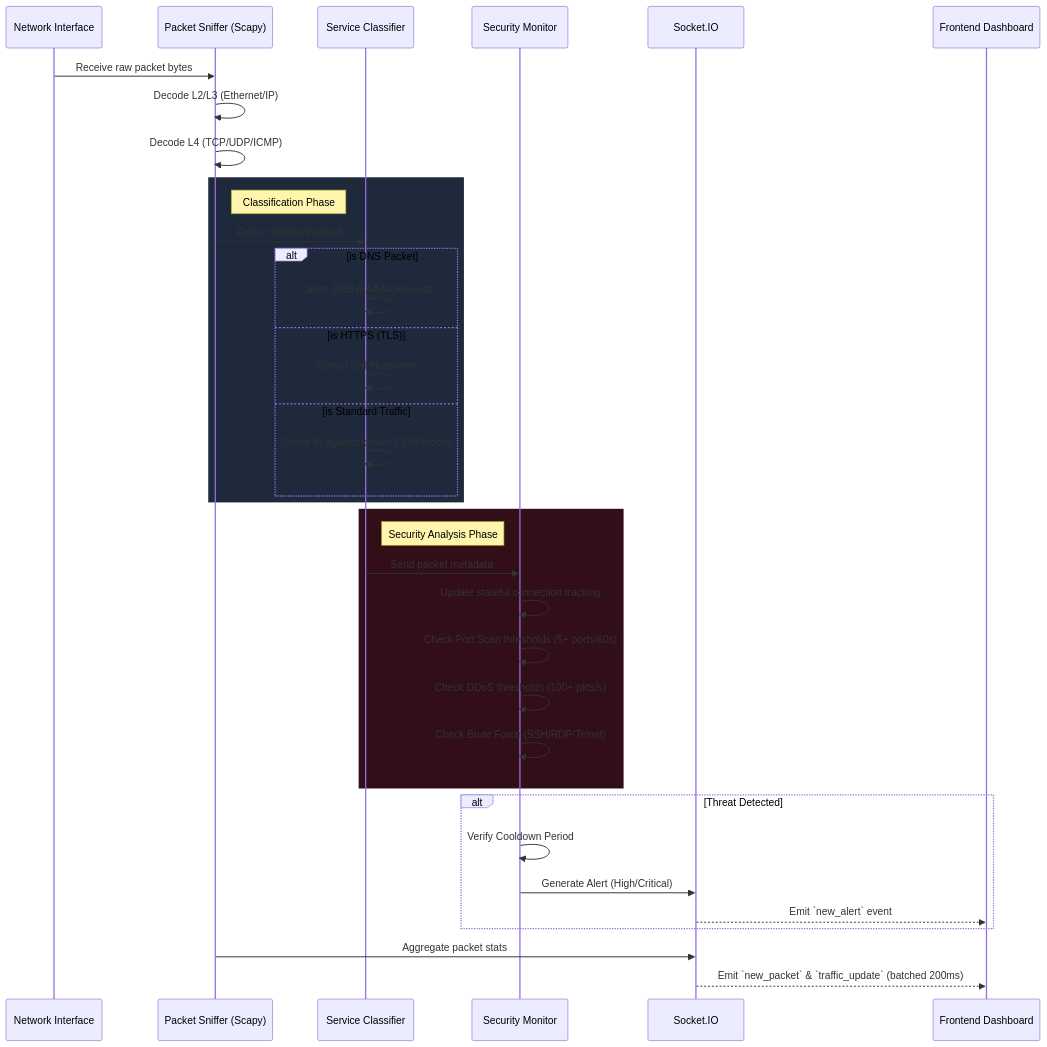
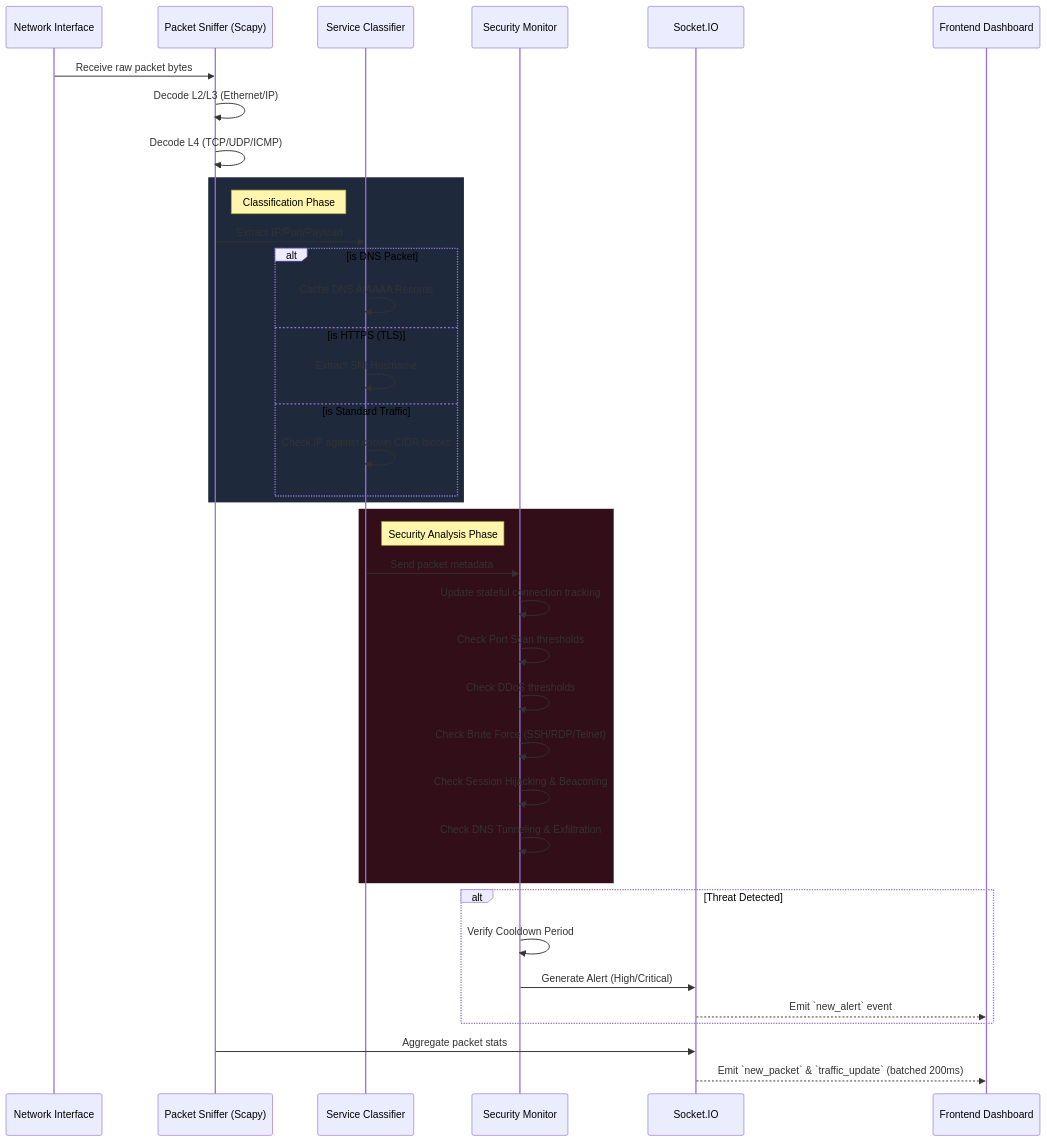
The second of 4 diagrams in ARCHITECTURE.md (Harshit7623/Packet_Peeper), drawn with Mermaid before and after one commit. The commit also changed other lines of this file and 9 other files, not shown here.

````diff
--- a/ARCHITECTURE.md
+++ b/ARCHITECTURE.md
@@ -53,43 +55,45 @@
 ```mermaid
 sequenceDiagram
     participant NIC as Network Interface
     participant Scapy as Packet Sniffer (Scapy)
     participant Classifier as Service Classifier
     participant NSM as Security Monitor
     participant SIO as Socket.IO
     participant Client as Frontend Dashboard
 
     NIC->>Scapy: Receive raw packet bytes
     Scapy->>Scapy: Decode L2/L3 (Ethernet/IP)
     Scapy->>Scapy: Decode L4 (TCP/UDP/ICMP)
     
     rect rgb(30, 41, 59)
         Note right of Scapy: Classification Phase
         Scapy->>Classifier: Extract IP/Port/Payload
         alt is DNS Packet
             Classifier->>Classifier: Cache DNS A/AAAA Records
         else is HTTPS (TLS)
             Classifier->>Classifier: Extract SNI Hostname
         else is Standard Traffic
             Classifier->>Classifier: Check IP against known CIDR blocks
         end
     end
     
     rect rgb(49, 14, 24)
         Note right of Classifier: Security Analysis Phase
         Classifier->>NSM: Send packet metadata
         NSM->>NSM: Update stateful connection tracking
-        NSM->>NSM: Check Port Scan thresholds (5+ ports/60s)
-        NSM->>NSM: Check DDoS thresholds (100+ pkts/s)
+        NSM->>NSM: Check Port Scan thresholds
+        NSM->>NSM: Check DDoS thresholds
         NSM->>NSM: Check Brute Force (SSH/RDP/Telnet)
+        NSM->>NSM: Check Session Hijacking & Beaconing
+        NSM->>NSM: Check DNS Tunneling & Exfiltration
     end
     
     alt Threat Detected
         NSM->>NSM: Verify Cooldown Period
         NSM->>SIO: Generate Alert (High/Critical)
         SIO-->>Client: Emit `new_alert` event
     end
 
     Scapy->>SIO: Aggregate packet stats
     SIO-->>Client: Emit `new_packet` & `traffic_update` (batched 200ms)
 ```
````
